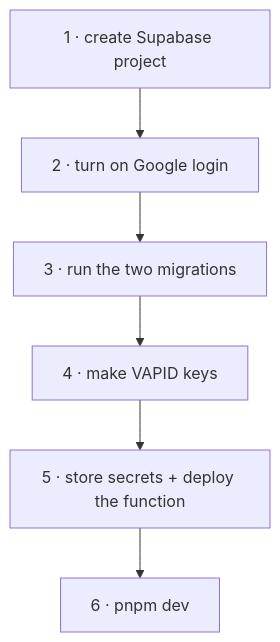
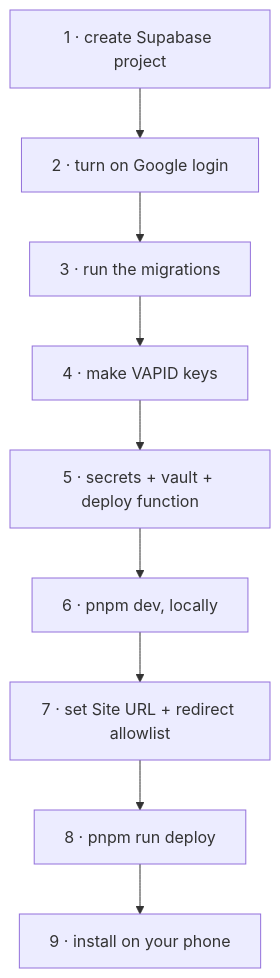
The second of 2 diagrams in README.md (KhaledTaymour/habit-tracker), drawn with Mermaid before and after one commit. The commit also changed other lines of this file and 1 other file, not shown here.

````diff
--- a/README.md
+++ b/README.md
@@ -69,8 +82,11 @@
 ```mermaid
 flowchart TD
     A["1 · create Supabase project"] --> B["2 · turn on Google login"]
-    B --> C["3 · run the two migrations"]
+    B --> C["3 · run the migrations"]
     C --> D["4 · make VAPID keys"]
-    D --> E["5 · store secrets + deploy the function"]
-    E --> F["6 · pnpm dev"]
+    D --> E["5 · secrets + vault + deploy function"]
+    E --> F["6 · pnpm dev, locally"]
+    F --> G["7 · set Site URL + redirect allowlist"]
+    G --> H["8 · pnpm run deploy"]
+    H --> I["9 · install on your phone"]
 ```
````
